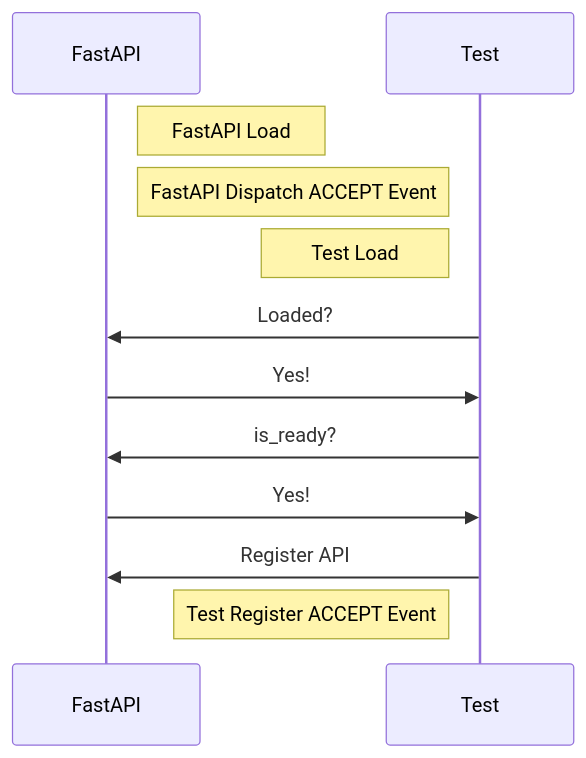
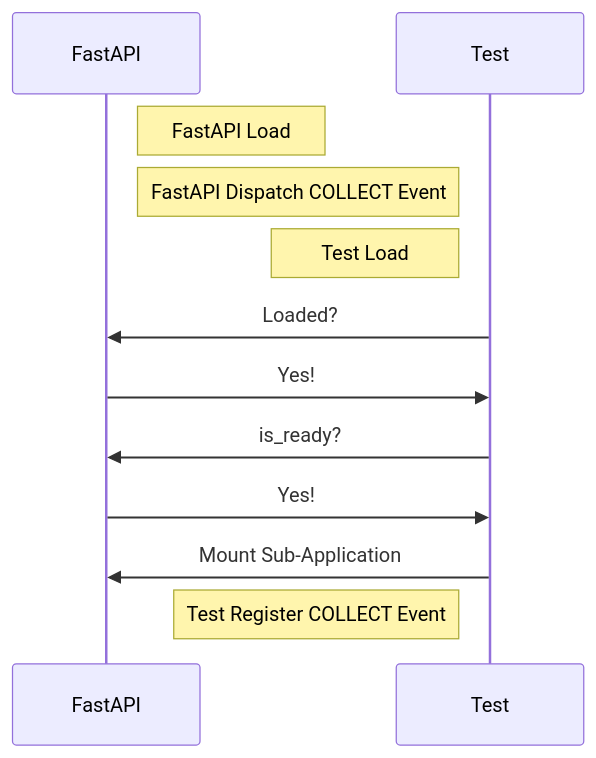
Before and after one commit to AnzhiZhang/MCDReforgedPlugins: the first of 3 diagrams in src/fastapi_mcdr/readme.md, drawn with Mermaid. The commit also changed other lines of this file and 1 other file, not shown here.

````diff
--- a/src/fastapi_mcdr/readme.md
+++ b/src/fastapi_mcdr/readme.md
@@ -57,18 +70,18 @@
 ```mermaid
 sequenceDiagram
     participant FastAPI
     participant Test
 
     Note right of FastAPI: FastAPI Load
-    Note right of FastAPI: FastAPI Dispatch ACCEPT Event
+    Note right of FastAPI: FastAPI Dispatch COLLECT Event
 
     Note left of Test: Test Load
 
     Test ->> FastAPI: Loaded?
     FastAPI ->> Test: Yes!
     Test ->> FastAPI: is_ready?
     FastAPI ->> Test: Yes!
-    Test ->> FastAPI: Register API
+    Test ->> FastAPI: Mount Sub-Application
 
-    Note left of Test: Test Register ACCEPT Event
+    Note left of Test: Test Register COLLECT Event
 ```
````
